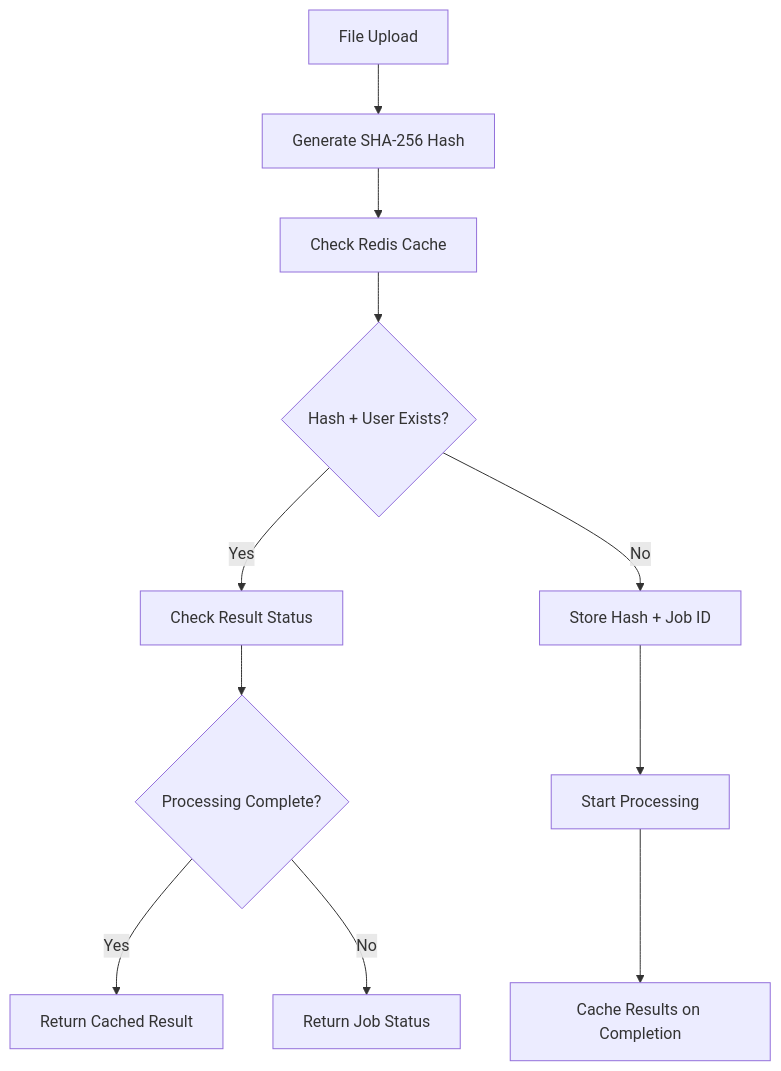
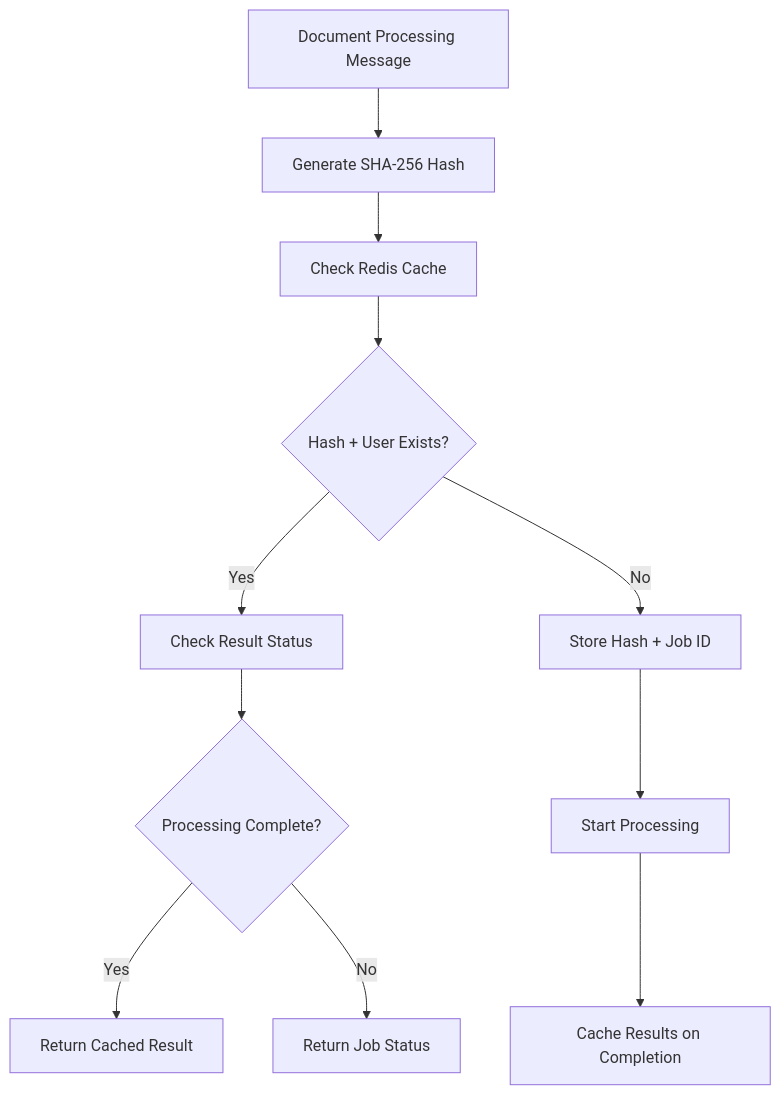
One commit to Really-Great-Tech/expenses-ai-api-wrapper changed the third of 7 diagrams in MVP_ARCHITECTURE_PLAN.md. Above: the diagram before and after it, drawn with Mermaid. The commit also changed other lines of this file, not shown here.

Commit message:
Updated MVP Architecture Plan

````diff
--- a/MVP_ARCHITECTURE_PLAN.md
+++ b/MVP_ARCHITECTURE_PLAN.md
@@ -229,13 +262,13 @@
 ```mermaid
 graph TD
-    A[File Upload] --> B[Generate SHA-256 Hash]
+    A[Document Processing Message] --> B[Generate SHA-256 Hash]
     B --> C[Check Redis Cache]
     C --> D{Hash + User Exists?}
     D -->|Yes| E[Check Result Status]
     E --> F{Processing Complete?}
     F -->|Yes| G[Return Cached Result]
     F -->|No| H[Return Job Status]
     D -->|No| I[Store Hash + Job ID]
     I --> J[Start Processing]
     J --> K[Cache Results on Completion]
 ```
````
